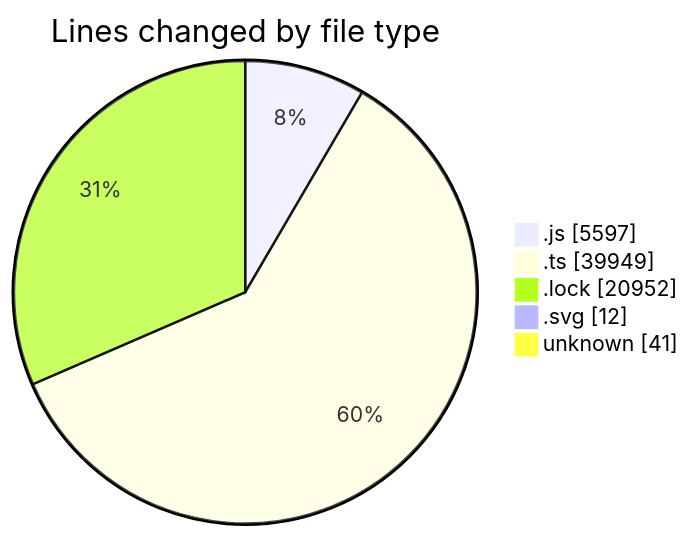
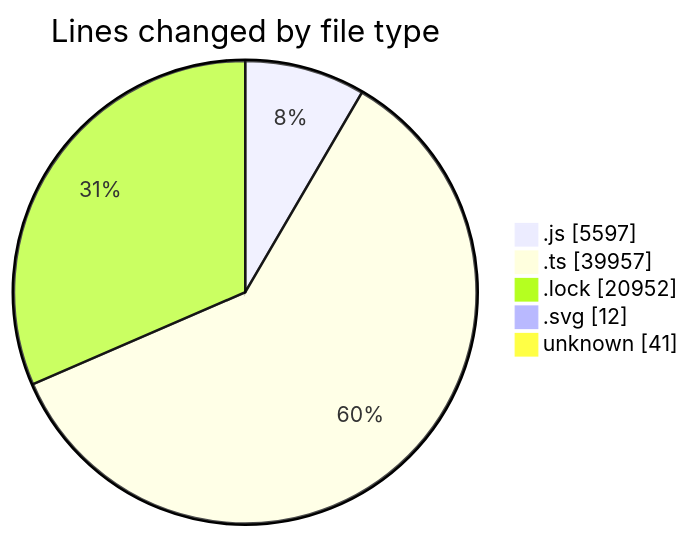
One commit to momahboobian/code-tracking changed the first of 2 diagrams in 2025-08-12/cda/README.md. Above: the diagram before and after it, drawn with Mermaid. The commit also changed other lines of this file and 1 other file, not shown here.

````diff
--- a/2025-08-12/cda/README.md
+++ b/2025-08-12/cda/README.md
@@ -44,9 +44,9 @@
 ```mermaid
 pie showData
 title Lines changed by file type
 ".js" : 5597
-".ts" : 39949
+".ts" : 39957
 ".lock" : 20952
 ".svg" : 12
 "unknown" : 41
 ```
````
